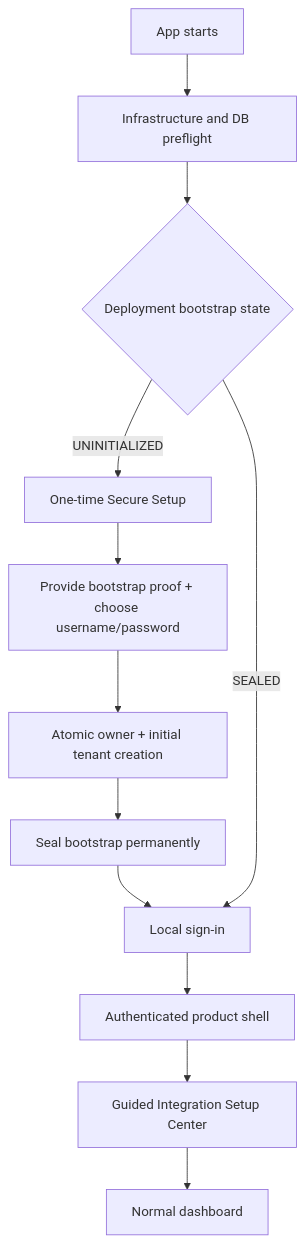
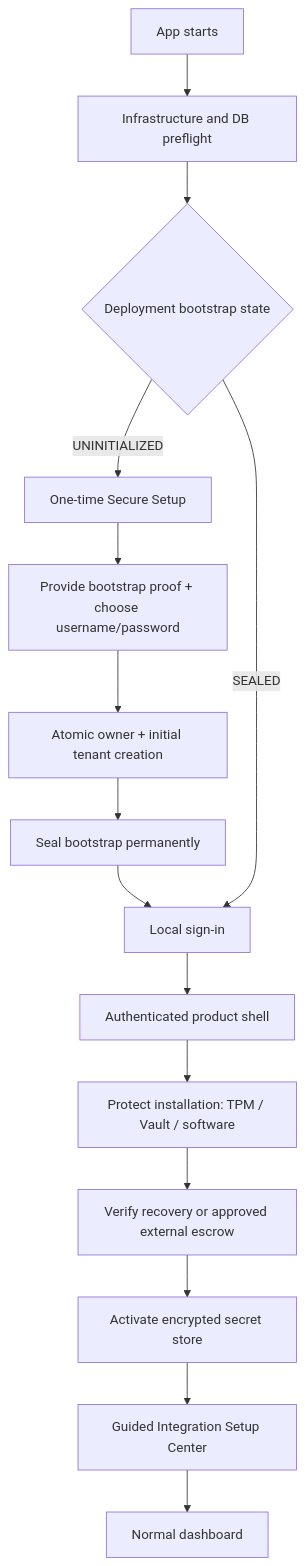
Before and after one commit to sks710931/rag-pipeline: the diagram in docs/Slicing strategy.md, drawn with Mermaid. The commit also changed other lines of this file, not shown here.

Commit message:
docs: require MEK protection, TPM option and tested recovery before Slice 0 wizard secrets

```diff
--- a/docs/Slicing strategy.md
+++ b/docs/Slicing strategy.md
@@ -131,18 +132,21 @@
 ~~~mermaid
 flowchart TD
     A["App starts"]
     B["Infrastructure and DB preflight"]
     C{"Deployment bootstrap state"}
     D["One-time Secure Setup"]
     E["Provide bootstrap proof + choose username/password"]
     F["Atomic owner + initial tenant creation"]
     G["Seal bootstrap permanently"]
     H["Local sign-in"]
     I["Authenticated product shell"]
+    P["Protect installation: TPM / Vault / software"]
+    R["Verify recovery or approved external escrow"]
+    Q["Activate encrypted secret store"]
     J["Guided Integration Setup Center"]
     K["Normal dashboard"]
     A --> B --> C
     C -->|UNINITIALIZED| D --> E --> F --> G --> H
     C -->|SEALED| H
-    H --> I --> J --> K
+    H --> I --> P --> R --> Q --> J --> K
 ~~~
```
